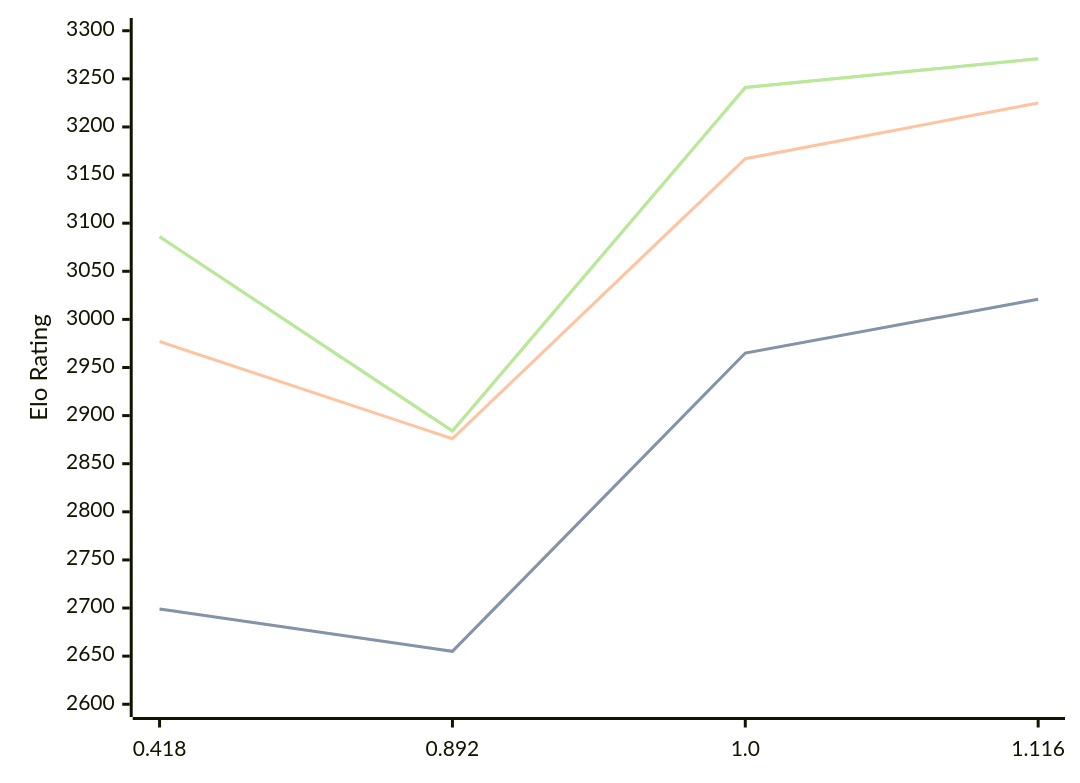
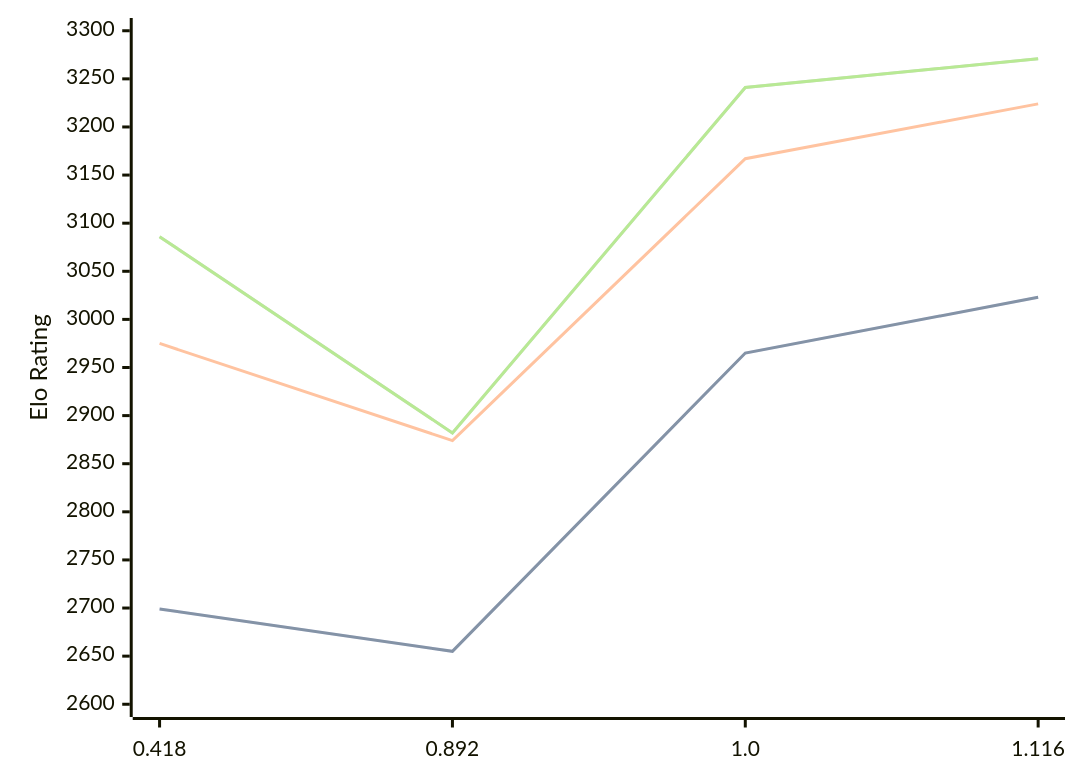
One commit to computer-chess-index/cci changed the diagram in engines/Malika.md. Above: the diagram before and after it, drawn with Mermaid. The commit also changed other lines of this file, not shown here.

Commit message:
Update CCI Ratings (ELO VLTC) - 2026-06-12

````diff
--- a/engines/Malika.md
+++ b/engines/Malika.md
@@ -34,11 +34,11 @@
 ```mermaid
 %%{init: {"theme":"base","themeVariables":{"seriesColors:['#a3a3a3','#222221','#faa371']}}}%%
 xychart-beta
   x-axis ["0.418", "0.892", "1.0", "1.116"]
   y-axis "Elo Rating" 2600 --> 3300
-  line "STC (8.0+0.08s)" [2699, 2655, 2965, 3021]
-  line "STC (8.0+0.08s)" [2699, 2655, 2965, 3021]
-  line "LTC (60.0+0.60s)" [2977, 2876, 3167, 3225]
-  line "VLTC (2m24s+1.12s)" [3086, 2884, 3241, 3271]
-  line "VLTC (2m24s+1.12s)" [3086, 2884, 3241, 3271]
+  line "STC (8.0+0.08s)" [2699, 2655, 2965, 3023]
+  line "STC (8.0+0.08s)" [2699, 2655, 2965, 3023]
+  line "LTC (60.0+0.60s)" [2975, 2874, 3167, 3224]
+  line "VLTC (2m24s+1.12s)" [3086, 2882, 3241, 3271]
+  line "VLTC (2m24s+1.12s)" [3086, 2882, 3241, 3271]
 ```
````
